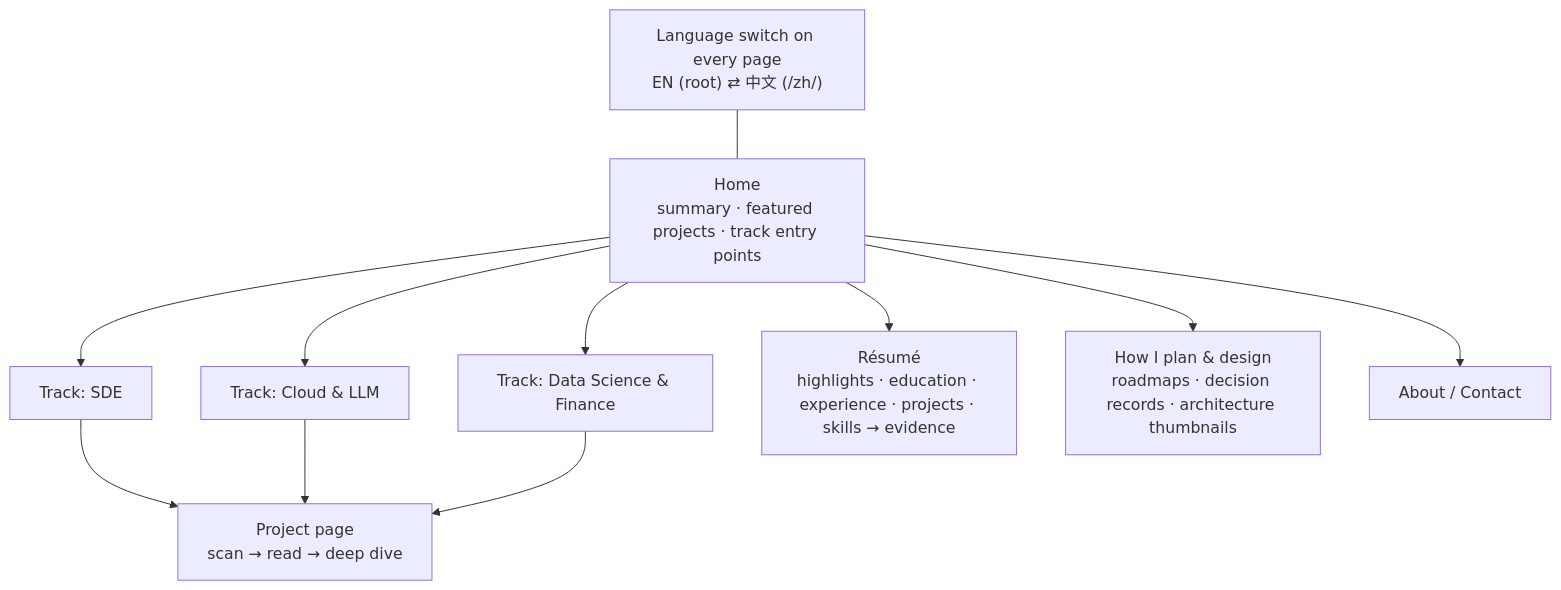
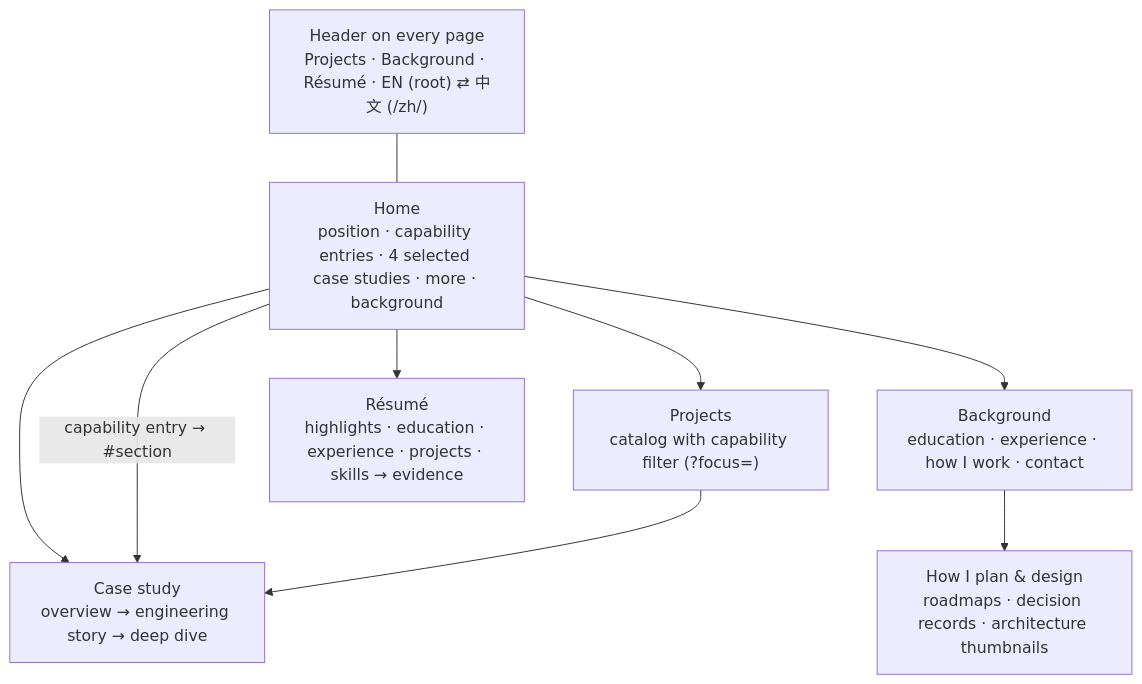
The second of 2 diagrams in ARCHITECTURE.md (YigeWang1221/personal_portfolio), drawn with Mermaid before and after one commit. The commit also changed other lines of this file and 87 other files, not shown here.

````diff
--- a/ARCHITECTURE.md
+++ b/ARCHITECTURE.md
@@ -72,14 +78,12 @@
 ```mermaid
 %% CURRENT
 flowchart TD
-  LS["Language switch on every page<br/>EN (root) ⇄ 中文 (/zh/)"] --- H
-  H["Home<br/>summary · featured projects · track entry points"] --> T1["Track: SDE"]
-  H --> T2["Track: Cloud & LLM"]
-  H --> T3["Track: Data Science & Finance"]
-  T1 --> P["Project page<br/>scan → read → deep dive"]
-  T2 --> P
-  T3 --> P
+  LS["Header on every page<br/>Projects · Background · Résumé · EN (root) ⇄ 中文 (/zh/)"] --- H
+  H["Home<br/>position · capability entries · 4 selected case studies · more · background"] --> P["Case study<br/>overview → engineering story → deep dive"]
+  H -- "capability entry → #section" --> P
+  H --> C["Projects<br/>catalog with capability filter (?focus=)"]
+  C --> P
+  H --> B["Background<br/>education · experience · how I work · contact"]
   H --> R["Résumé<br/>highlights · education · experience · projects · skills → evidence"]
-  H --> D["How I plan & design<br/>roadmaps · decision records · architecture thumbnails"]
-  H --> A["About / Contact"]
+  B --> D["How I plan & design<br/>roadmaps · decision records · architecture thumbnails"]
 ```
````
